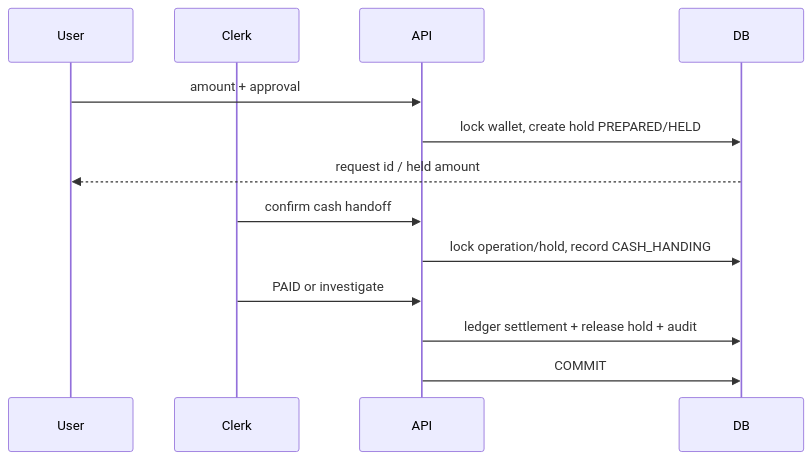
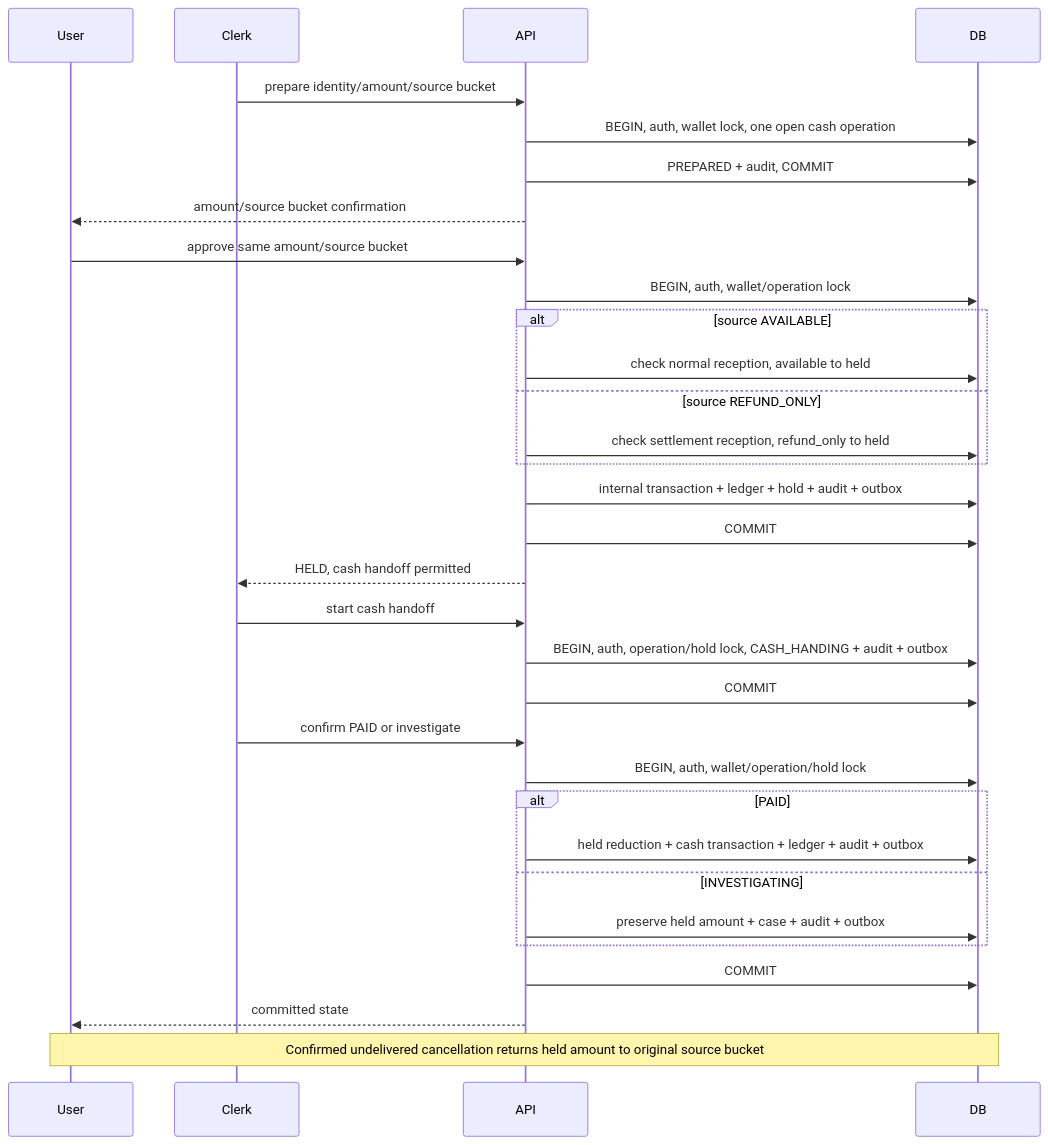
One commit to fespay-team/fespay changed the eighth of 11 diagrams in docs/design/detailed-design.md. Above: the diagram before and after it, drawn with Mermaid. The commit also changed other lines of this file and 8 other files, not shown here.

````diff
--- a/docs/design/detailed-design.md
+++ b/docs/design/detailed-design.md
@@ -481,15 +585,34 @@
 ```mermaid
 sequenceDiagram
   participant U as User
   participant Clerk
   participant API
   participant DB
-  U->>API: amount + approval
-  API->>DB: lock wallet, create hold PREPARED/HELD
-  DB-->>U: request id / held amount
-  Clerk->>API: confirm cash handoff
-  API->>DB: lock operation/hold, record CASH_HANDING
-  Clerk->>API: PAID or investigate
-  API->>DB: ledger settlement + release hold + audit
+  Clerk->>API: prepare identity/amount/source bucket
+  API->>DB: BEGIN, auth, wallet lock, one open cash operation
+  API->>DB: PREPARED + audit, COMMIT
+  API-->>U: amount/source bucket confirmation
+  U->>API: approve same amount/source bucket
+  API->>DB: BEGIN, auth, wallet/operation lock
+  alt source AVAILABLE
+    API->>DB: check normal reception, available to held
+  else source REFUND_ONLY
+    API->>DB: check settlement reception, refund_only to held
+  end
+  API->>DB: internal transaction + ledger + hold + audit + outbox
   API->>DB: COMMIT
+  API-->>Clerk: HELD, cash handoff permitted
+  Clerk->>API: start cash handoff
+  API->>DB: BEGIN, auth, operation/hold lock, CASH_HANDING + audit + outbox
+  API->>DB: COMMIT
+  Clerk->>API: confirm PAID or investigate
+  API->>DB: BEGIN, auth, wallet/operation/hold lock
+  alt PAID
+    API->>DB: held reduction + cash transaction + ledger + audit + outbox
+  else INVESTIGATING
+    API->>DB: preserve held amount + case + audit + outbox
+  end
+  API->>DB: COMMIT
+  API-->>U: committed state
+  Note over U,DB: Confirmed undelivered cancellation returns held amount to original source bucket
 ```
````
